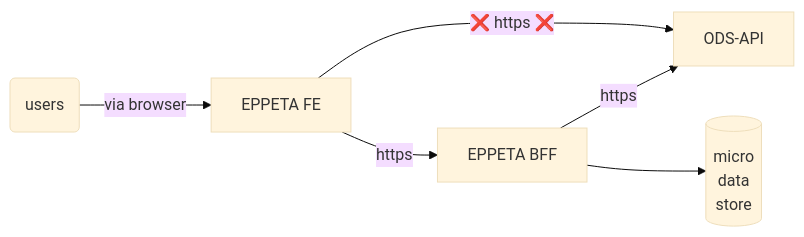
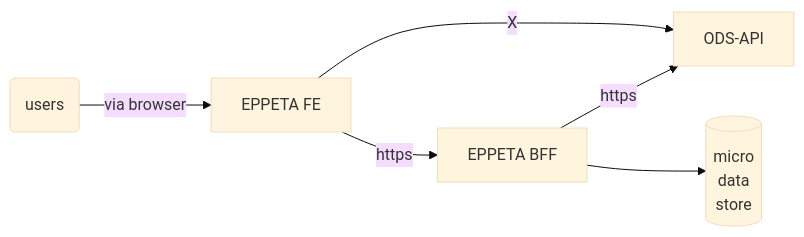
Before and after one commit to Ed-Fi-Exchange-OSS/EvaluationTracker: the first of 3 diagrams in docs/system-architecture.md, drawn with Mermaid (base theme).

Commit message:
Remove emoji

````diff
--- a/docs/system-architecture.md
+++ b/docs/system-architecture.md
@@ -9,11 +9,11 @@
 ```mermaid
 flowchart LR
     A(users) -->|via browser| B["EPPETA FE"]
-    B -->|❌ https ❌| C[ODS-API]
+    B -->|X| C[ODS-API]
     B -->|https| D["EPPETA BFF"]
     D -->|https| C
 
     D --> E[("micro
 data
 store")]
 ```
````
